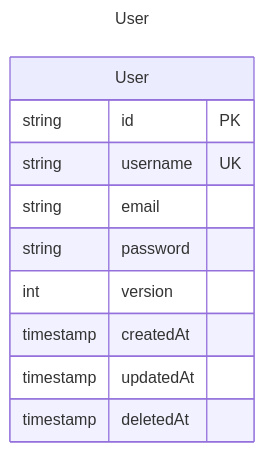
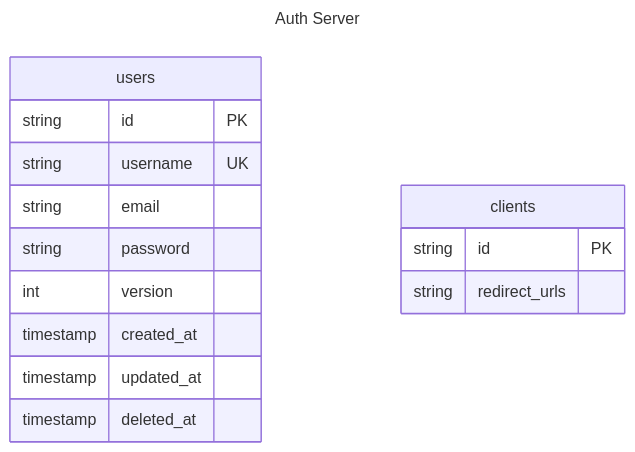
Before and after one commit to dnd-mapp/dma-platform: the diagram in docs/ERD.md, drawn with Mermaid. The commit also changed 2 other files, not shown here.

Commit message:
Add Client model

````diff
--- a/docs/ERD.md
+++ b/docs/ERD.md
@@ -3,18 +3,23 @@
 ```mermaid
 ---
-title: User
+title: Auth Server
 ---
 erDiagram
-    User {
+    users {
         string id       PK
         string username UK
         string email
         string password
         
         int version
 
-        timestamp createdAt
-        timestamp updatedAt
-        timestamp deletedAt
+        timestamp created_at
+        timestamp updated_at
+        timestamp deleted_at
+    }
+    
+    clients {
+        string id               PK
+        string redirect_urls
     }
 ```
````
